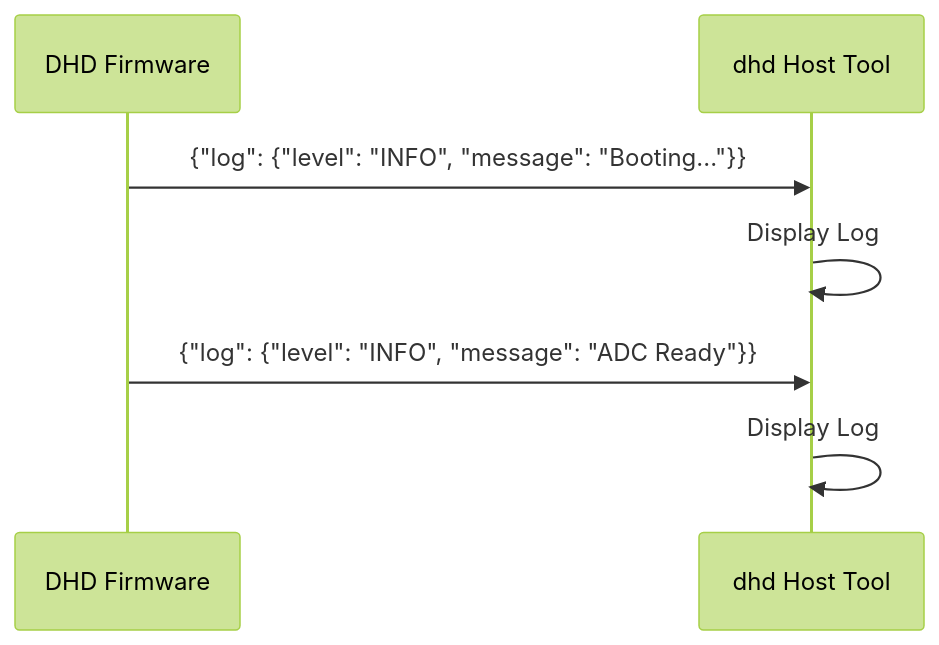
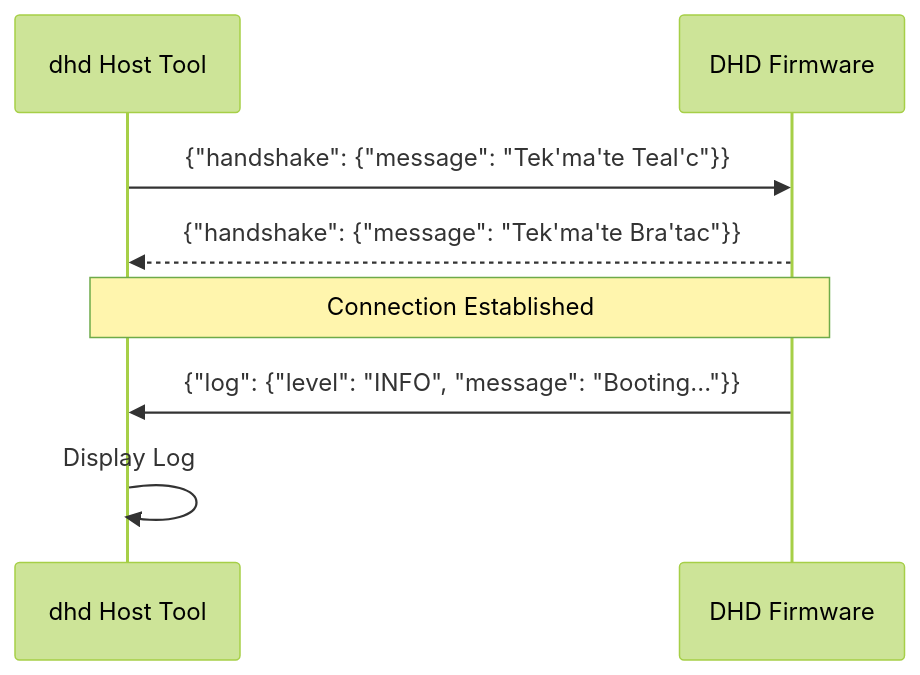
The third of 3 diagrams in doc/protocol.md (Xowap/dhd), drawn with Mermaid (forest theme) before and after one commit. The commit also changed other lines of this file and 3 other files, not shown here.

First line of the commit message:
Add handshake mechanism to the DHD protocol for initial connection validation

````diff
--- a/doc/protocol.md
+++ b/doc/protocol.md
@@ -89,10 +107,12 @@
 ```mermaid
 sequenceDiagram
+    participant Host as dhd Host Tool
     participant Device as DHD Firmware
-    participant Host as dhd Host Tool
 
+    Host->>Device: {"handshake": {"message": "Tek'ma'te Teal'c"}}
+    Device-->>Host: {"handshake": {"message": "Tek'ma'te Bra'tac"}}
+    Note over Host,Device: Connection Established
+    
     Device->>Host: {"log": {"level": "INFO", "message": "Booting..."}}
     Host->>Host: Display Log
-    Device->>Host: {"log": {"level": "INFO", "message": "ADC Ready"}}
-    Host->>Host: Display Log
 ```
````
